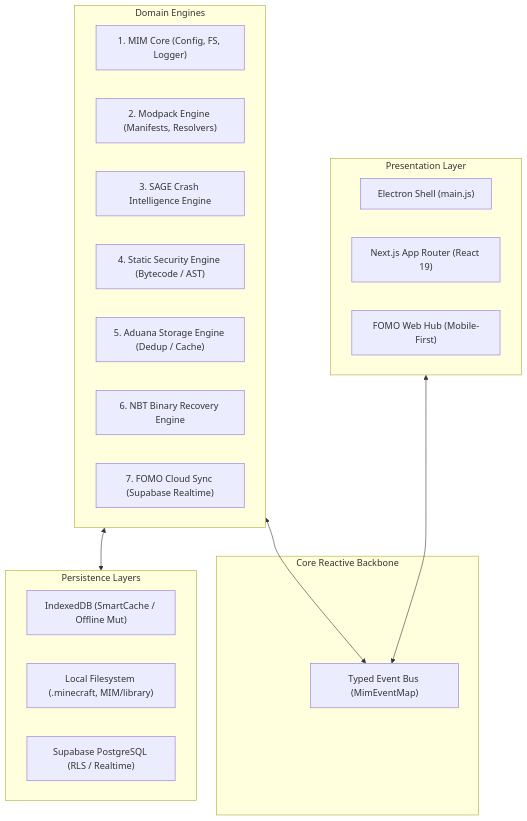
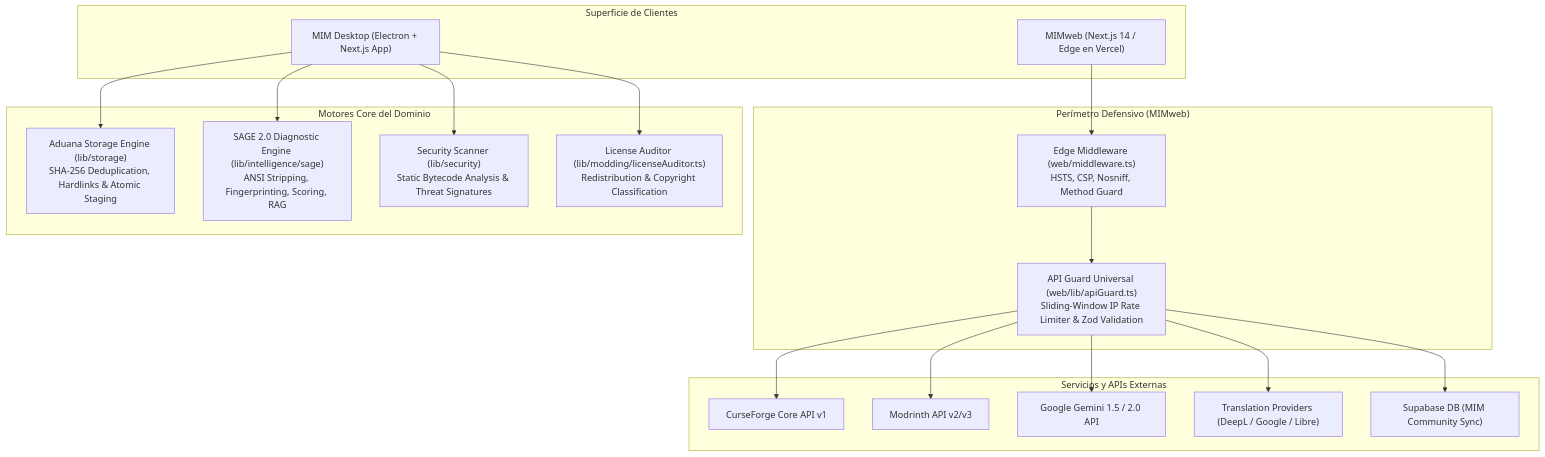
Before and after one commit to Ian9Franco/MIM: the first of 4 diagrams in docs/ARCHITECTURE.md, drawn with Mermaid. The commit also changed other lines of this file and 49 other files, not shown here.

````diff
--- a/docs/ARCHITECTURE.md
+++ b/docs/ARCHITECTURE.md
@@ -13,32 +11,40 @@
 ```mermaid
-flowchart TD
-    subgraph UI_Layer ["Presentation Layer"]
-        ElectronMain["Electron Shell (main.js)"]
-        NextUI["Next.js App Router (React 19)"]
-        MobilePWA["FOMO Web Hub (Mobile-First)"]
+graph TD
+    subgraph ClientLayer["Superficie de Clientes"]
+        Desktop["MIM Desktop (Electron + Next.js App)"]
+        Web["MIMweb (Next.js 14 / Edge en Vercel)"]
     end
 
-    subgraph Event_Bus ["Core Reactive Backbone"]
-        Bus["Typed Event Bus (MimEventMap)"]
+    subgraph DefensePerimeter["Perímetro Defensivo (MIMweb)"]
+        EdgeMW["Edge Middleware (web/middleware.ts)<br/>HSTS, CSP, Nosniff, Method Guard"]
+        ApiGuard["API Guard Universal (web/lib/apiGuard.ts)<br/>Sliding-Window IP Rate Limiter & Zod Validation"]
     end
 
-    subgraph Engines ["Domain Engines"]
-        CoreEngine["1. MIM Core (Config, FS, Logger)"]
-        ModpackEngine["2. Modpack Engine (Manifests, Resolvers)"]
-        SageEngine["3. SAGE Crash Intelligence Engine"]
-        SecurityEngine["4. Static Security Engine (Bytecode / AST)"]
-        AduanaEngine["5. Aduana Storage Engine (Dedup / Cache)"]
-        NbtEngine["6. NBT Binary Recovery Engine"]
-        SyncEngine["7. FOMO Cloud Sync (Supabase Realtime)"]
+    subgraph CoreEngines["Motores Core del Dominio"]
+        Aduana["Aduana Storage Engine (lib/storage)<br/>SHA-256 Deduplication, Hardlinks & Atomic Staging"]
+        SAGE["SAGE 2.0 Diagnostic Engine (lib/intelligence/sage)<br/>ANSI Stripping, Fingerprinting, Scoring, RAG"]
+        Security["Security Scanner (lib/security)<br/>Static Bytecode Analysis & Threat Signatures"]
+        LicenseAudit["License Auditor (lib/modding/licenseAuditor.ts)<br/>Redistribution & Copyright Classification"]
     end
 
-    subgraph Storage ["Persistence Layers"]
-        IndexedDB["IndexedDB (SmartCache / Offline Mut)"]
-        LocalFS["Local Filesystem (.minecraft, MIM/library)"]
-        CloudDB["Supabase PostgreSQL (RLS / Realtime)"]
+    subgraph ExternalServices["Servicios y APIs Externas"]
+        CurseForge["CurseForge Core API v1"]
+        Modrinth["Modrinth API v2/v3"]
+        Gemini["Google Gemini 1.5 / 2.0 API"]
+        OfficialTrans["Translation Providers (DeepL / Google / Libre)"]
+        Supabase["Supabase DB (MIM Community Sync)"]
     end
 
-    UI_Layer <--> Bus
-    Engines <--> Bus
-    Engines <--> Storage
+    Desktop --> Aduana
+    Desktop --> SAGE
+    Desktop --> Security
+    Desktop --> LicenseAudit
+
+    Web --> EdgeMW
+    EdgeMW --> ApiGuard
+    ApiGuard --> CurseForge
+    ApiGuard --> Modrinth
+    ApiGuard --> Gemini
+    ApiGuard --> OfficialTrans
+    ApiGuard --> Supabase
 ```
````
